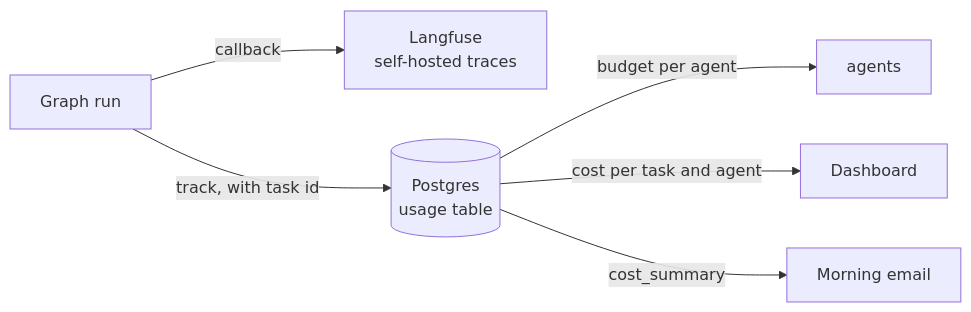
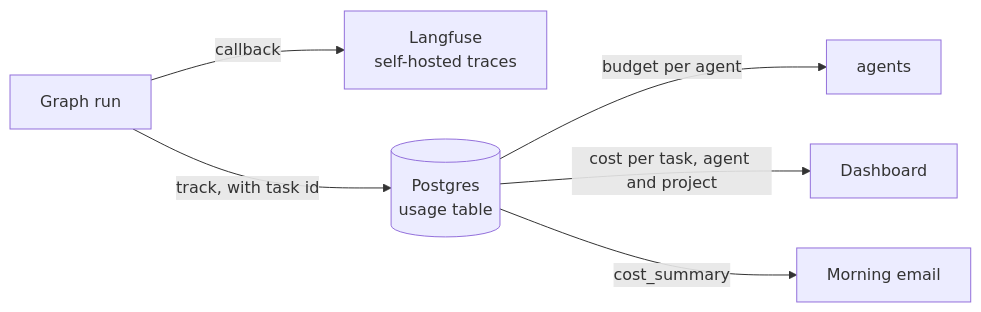
One commit to JTTrinborg/hephaestus changed the fourth of 4 diagrams in README.md. Above: the diagram before and after it, drawn with Mermaid. The commit also changed other lines of this file and 19 other files, not shown here.

````diff
--- a/README.md
+++ b/README.md
@@ -105,8 +122,8 @@
 ```mermaid
 flowchart LR
     G[Graph run] -->|callback| LF[Langfuse<br/>self-hosted traces]
     G -->|track, with task id| U[(Postgres<br/>usage table)]
     U -->|budget per agent| A[agents]
-    U -->|cost per task and agent| D[Dashboard]
+    U -->|cost per task, agent and project| D[Dashboard]
     U -->|cost_summary| E[Morning email]
 ```
````
